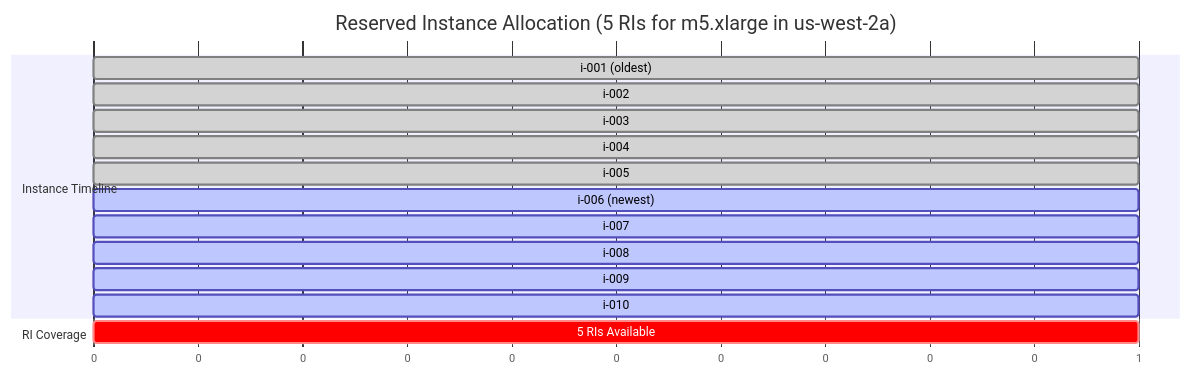
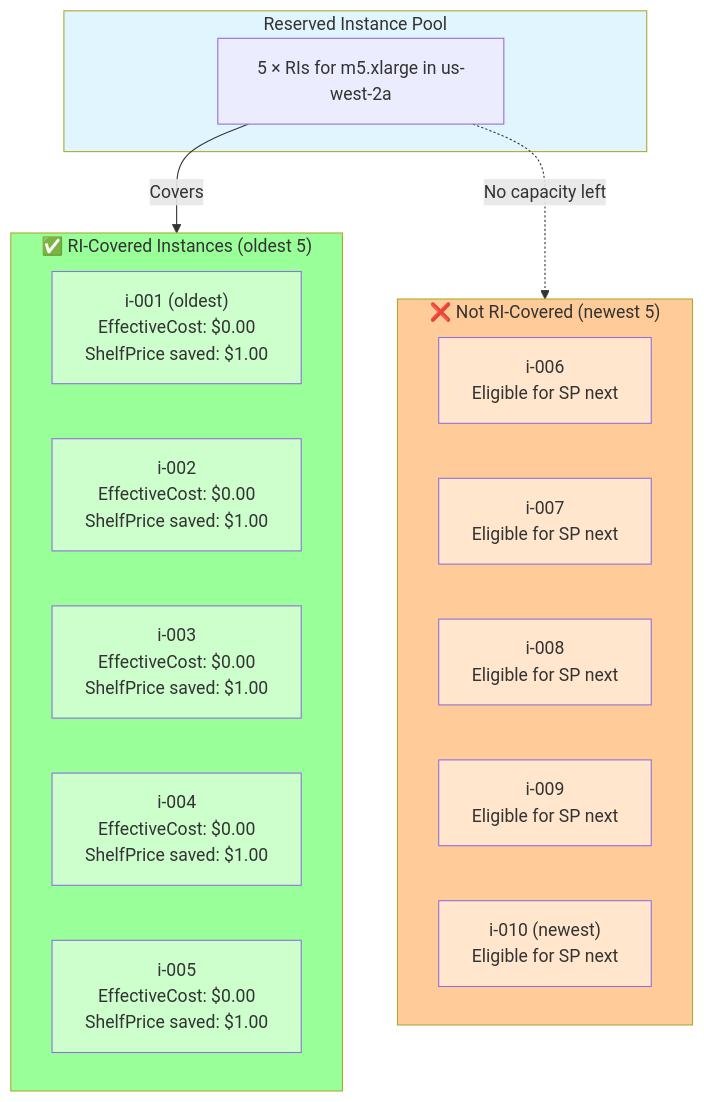
One commit to Nextdoor/lumina changed the second of 8 diagrams in ALGORITHM.md. Above: the diagram before and after it, drawn with Mermaid.

Commit message:
docs(algorithm): improve RI allocation diagram clarity
Replace confusing Gantt chart with clearer flowchart showing:
- RI pool at top
- Green section: 5 RI-covered instances (oldest first, /bin/zsh cost)
- Orange section: 5 not-covered instances (eligible for SP next)

Makes coverage vs non-coverage immediately obvious.

🤖 Generated with [Claude Code](https://claude.com/claude-code)

````diff
--- a/ALGORITHM.md
+++ b/ALGORITHM.md
@@ -104,21 +104,39 @@
 ```mermaid
-gantt
-    title Reserved Instance Allocation (5 RIs for m5.xlarge in us-west-2a)
-    dateFormat X
-    axisFormat %s
+flowchart TD
+    subgraph Pool["Reserved Instance Pool"]
+        RI["5 × RIs for m5.xlarge in us-west-2a"]
+    end
 
-    section Instance Timeline
-    i-001 (oldest)    :done, 0, 1
-    i-002             :done, 0, 1
-    i-003             :done, 0, 1
-    i-004             :done, 0, 1
-    i-005             :done, 0, 1
-    i-006 (newest)    :active, 0, 1
-    i-007             :active, 0, 1
-    i-008             :active, 0, 1
-    i-009             :active, 0, 1
-    i-010             :active, 0, 1
+    subgraph Covered["✅ RI-Covered Instances (oldest 5)"]
+        I1["i-001 (oldest)<br/>EffectiveCost: $0.00<br/>ShelfPrice saved: $1.00"]
+        I2["i-002<br/>EffectiveCost: $0.00<br/>ShelfPrice saved: $1.00"]
+        I3["i-003<br/>EffectiveCost: $0.00<br/>ShelfPrice saved: $1.00"]
+        I4["i-004<br/>EffectiveCost: $0.00<br/>ShelfPrice saved: $1.00"]
+        I5["i-005<br/>EffectiveCost: $0.00<br/>ShelfPrice saved: $1.00"]
+    end
 
-    section RI Coverage
-    5 RIs Available   :crit, 0, 1
+    subgraph NotCovered["❌ Not RI-Covered (newest 5)"]
+        I6["i-006<br/>Eligible for SP next"]
+        I7["i-007<br/>Eligible for SP next"]
+        I8["i-008<br/>Eligible for SP next"]
+        I9["i-009<br/>Eligible for SP next"]
+        I10["i-010 (newest)<br/>Eligible for SP next"]
+    end
+
+    RI -->|Covers| Covered
+    RI -.->|No capacity left| NotCovered
+
+    style Pool fill:#e1f5ff
+    style Covered fill:#99ff99
+    style NotCovered fill:#ffcc99
+    style I1 fill:#ccffcc
+    style I2 fill:#ccffcc
+    style I3 fill:#ccffcc
+    style I4 fill:#ccffcc
+    style I5 fill:#ccffcc
+    style I6 fill:#ffe6cc
+    style I7 fill:#ffe6cc
+    style I8 fill:#ffe6cc
+    style I9 fill:#ffe6cc
+    style I10 fill:#ffe6cc
 ```
````
